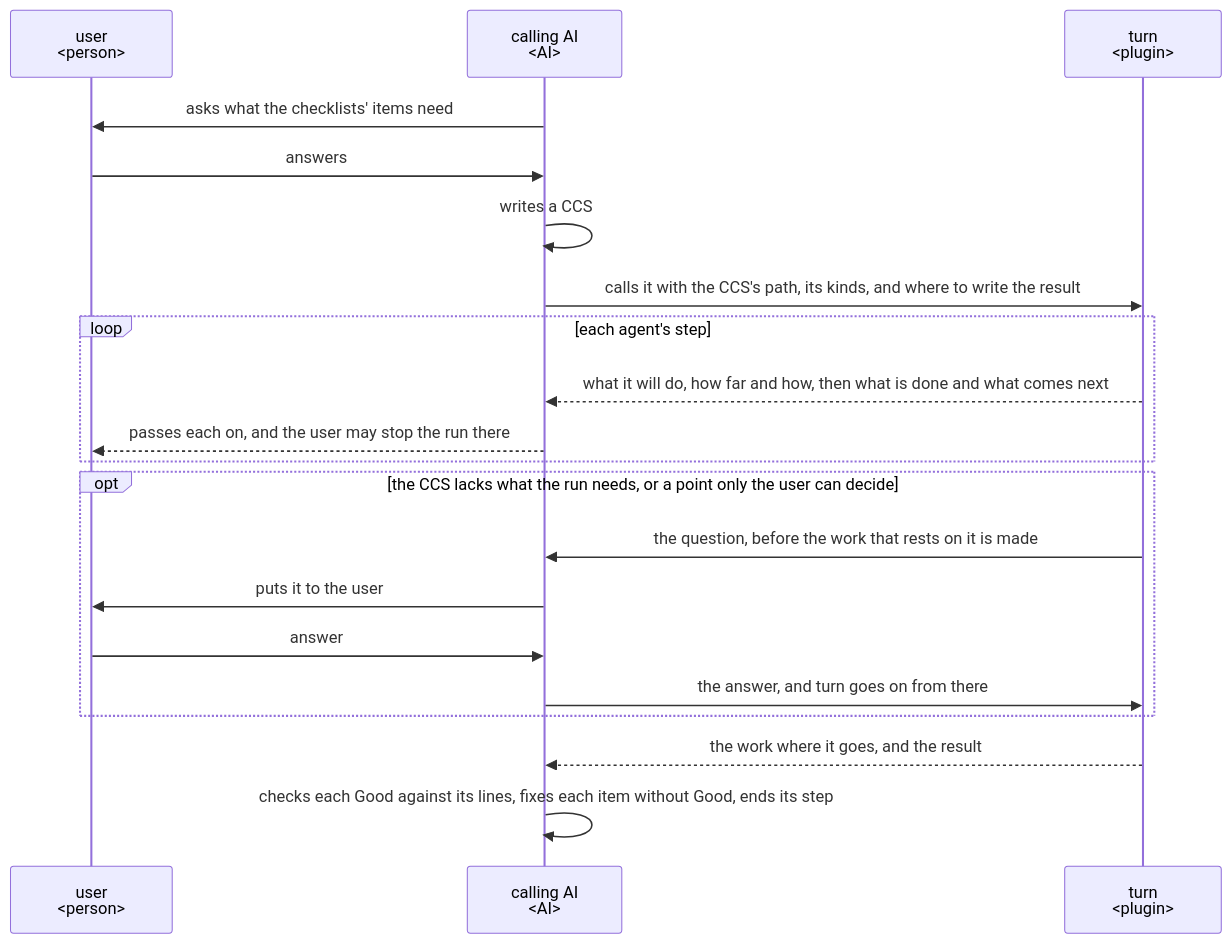
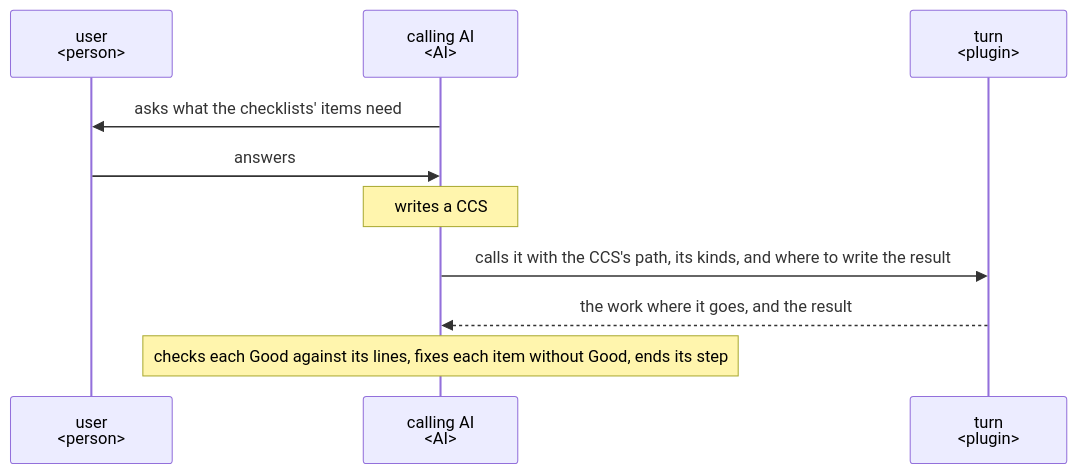
The first of 4 diagrams in dev/turn/ux.md (lovaizu/ccpm), drawn with Mermaid before and after one commit. The commit also changed other lines of this file and 3 other files, not shown here.

````diff
--- a/dev/turn/ux.md
+++ b/dev/turn/ux.md
@@ -39,22 +41,12 @@
 ```mermaid
 sequenceDiagram
   participant U as user<br/>#lt;person#gt;
   participant C as calling AI<br/>#lt;AI#gt;
   participant T as turn<br/>#lt;plugin#gt;
   C->>U: asks what the checklists' items need
   U->>C: answers
-  C->>C: writes a CCS
+  Note over C: writes a CCS
   C->>T: calls it with the CCS's path, its kinds, and where to write the result
-  loop each agent's step
-    T-->>C: what it will do, how far and how, then what is done and what comes next
-    C-->>U: passes each on, and the user may stop the run there
-  end
-  opt the CCS lacks what the run needs, or a point only the user can decide
-    T->>C: the question, before the work that rests on it is made
-    C->>U: puts it to the user
-    U->>C: answer
-    C->>T: the answer, and turn goes on from there
-  end
   T-->>C: the work where it goes, and the result
-  C->>C: checks each Good against its lines, fixes each item without Good, ends its step
+  Note over C: checks each Good against its lines, fixes each item without Good, ends its step
 ```
````
